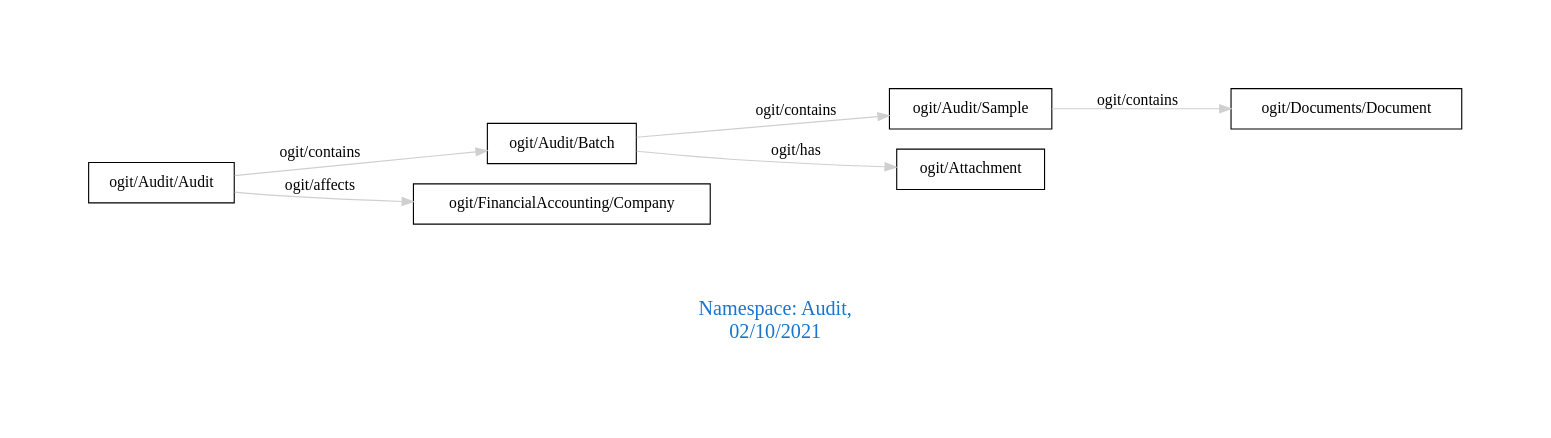
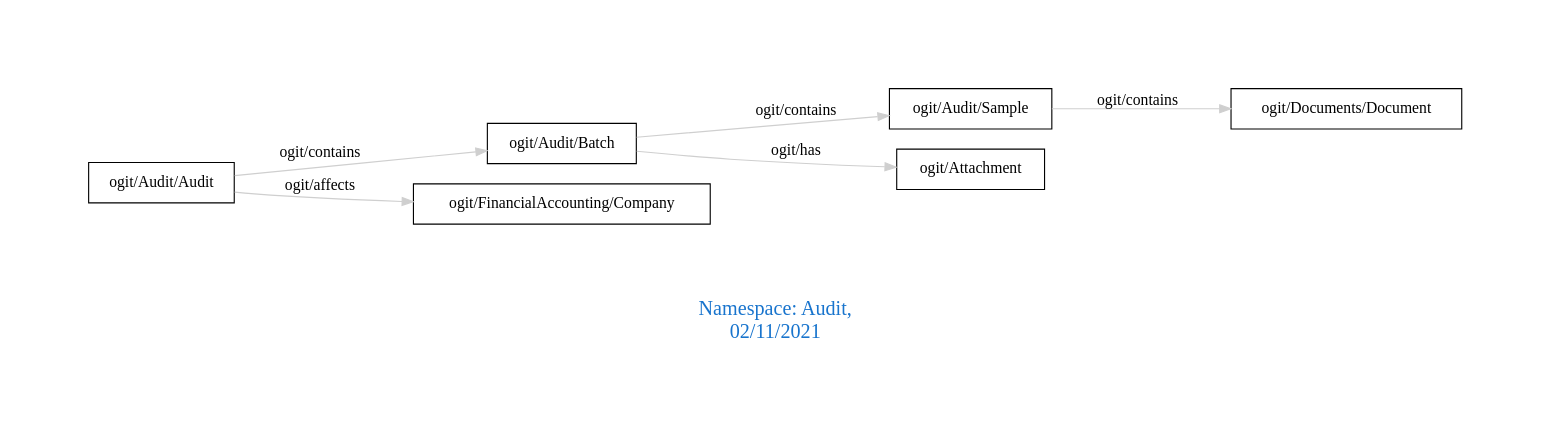
Before and after one commit to arago/OGIT: the diagram in downloads/Audit.dot, drawn with Graphviz. The commit also changed 1844 other files, not shown here.

```diff
--- a/downloads/Audit.dot
+++ b/downloads/Audit.dot
@@ -1,13 +1,13 @@
 digraph OGIT_ontology {
  graph [ rankdir= LR,pad=1 
 fontsize = 18,
-fontcolor= dodgerblue3,label = "\n\n\nNamespace: Audit, \n 02/10/2021"];
+fontcolor= dodgerblue3,label = "\n\n\nNamespace: Audit, \n 02/11/2021"];
 node[shape=polygon];
 edge [  color="gray81"];
 
    "ogit/Audit/Audit" -> "ogit/Audit/Batch" [label="   ogit/contains    "];
    "ogit/Audit/Batch" -> "ogit/Audit/Sample" [label="   ogit/contains    "];
    "ogit/Audit/Sample" -> "ogit/Documents/Document" [label="   ogit/contains    "];
    "ogit/Audit/Audit" -> "ogit/FinancialAccounting/Company" [label="   ogit/affects    "];
    "ogit/Audit/Batch" -> "ogit/Attachment" [label="   ogit/has    "];
 }
```
